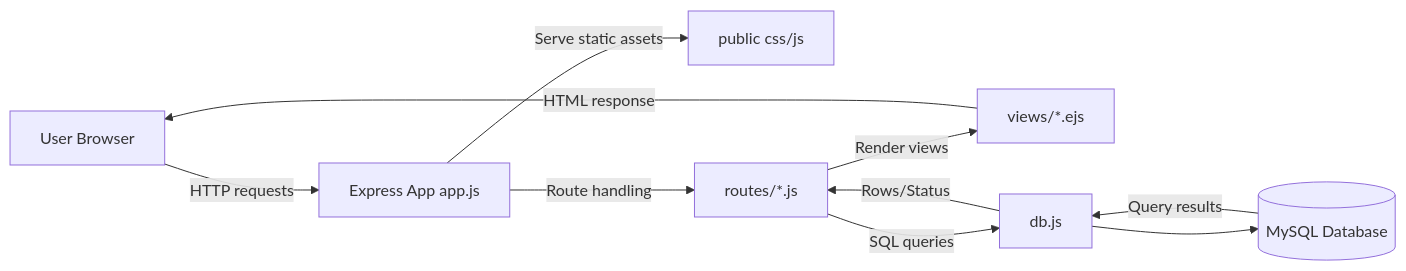
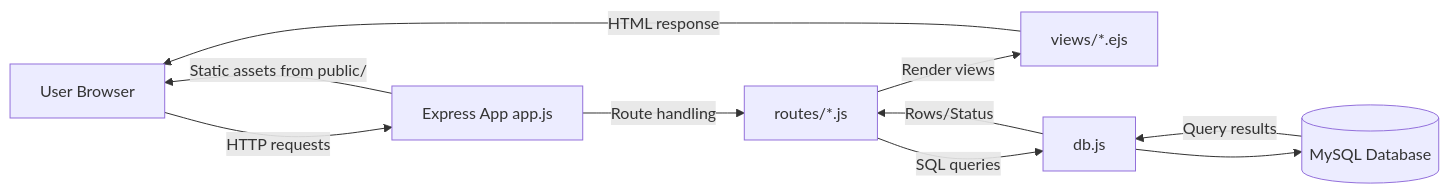
Before and after one commit to schectma/CS340_G27: the second of 3 diagrams in README.md, drawn with Mermaid.

````diff
--- a/README.md
+++ b/README.md
@@ -80,12 +80,12 @@
 ```mermaid
 flowchart LR
   U[User Browser] -->|HTTP requests| A[Express App app.js]
-  A -->|Serve static assets| P[public css/js]
   A -->|Route handling| R[routes/*.js]
   R -->|Render views| V[views/*.ejs]
   R -->|SQL queries| D[db.js]
   D --> M[(MySQL Database)]
   M -->|Query results| D
   D -->|Rows/Status| R
   V -->|HTML response| U
+  A -->|Static assets from public/| U
 ```
````
